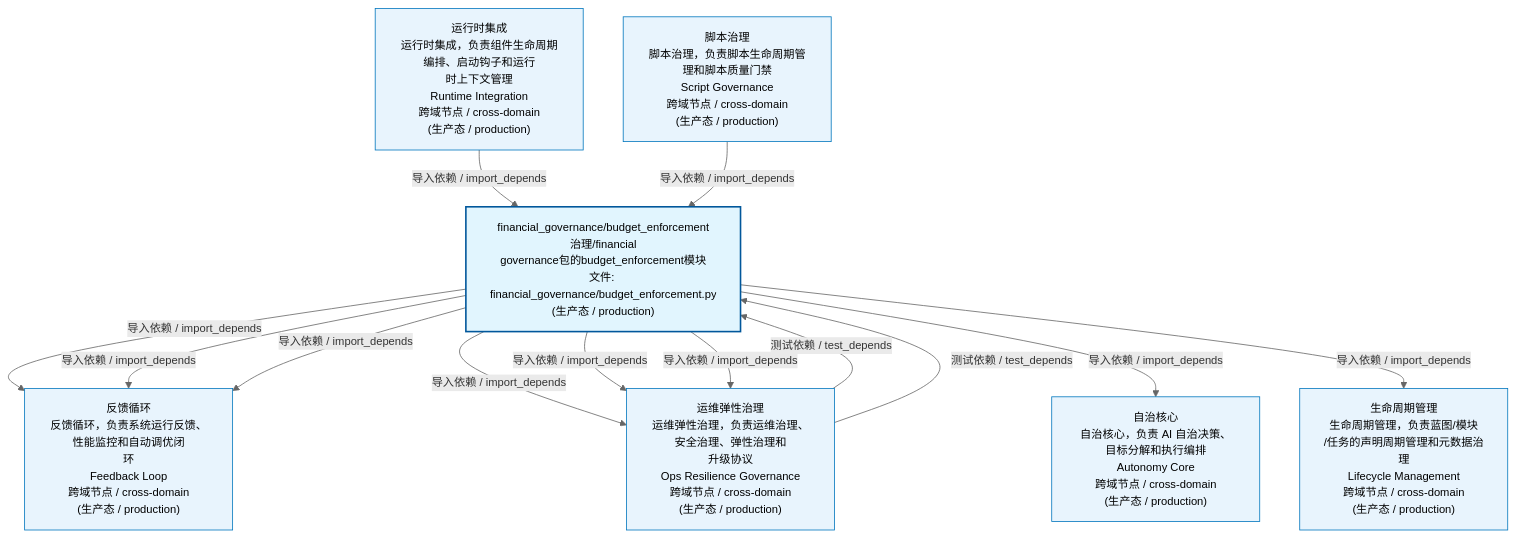
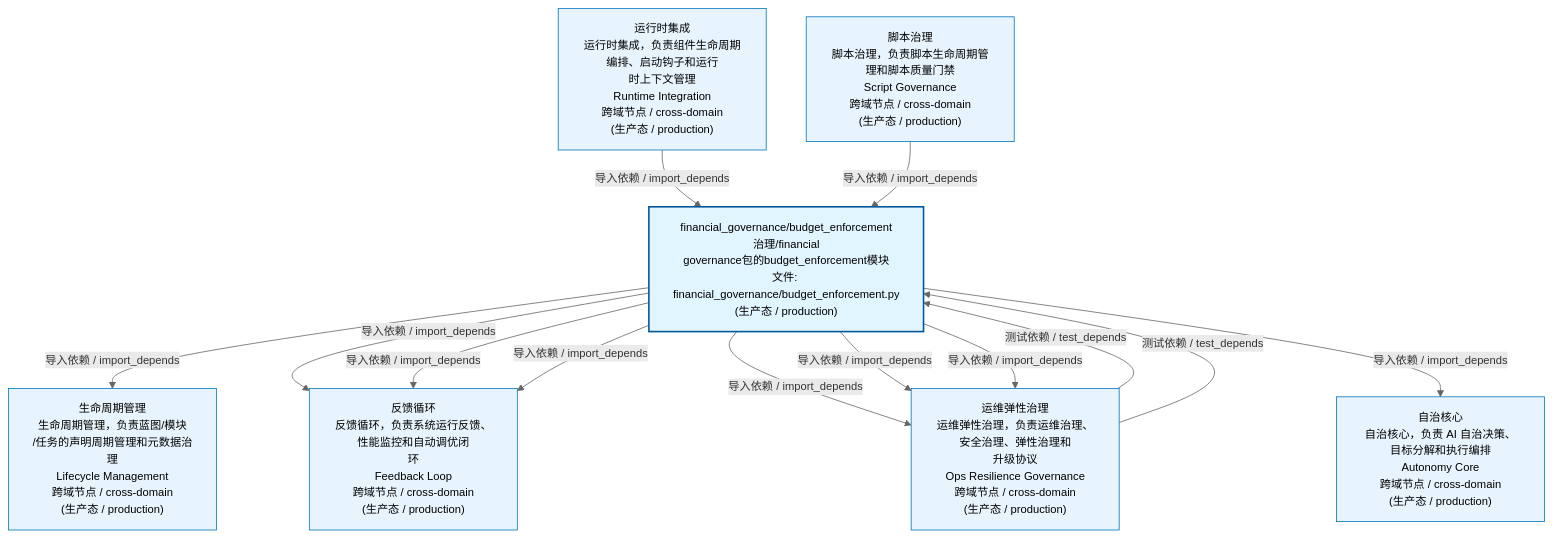
One commit to xuanFelixVan/ZephyrAlpha changed the first of 3 diagrams in docs/02_enterprise_architecture/02_domain_architecture_docs/54_d_gov_repair.md. Above: the diagram before and after it, drawn with Mermaid. The commit also changed 122 other files, not shown here.

````diff
--- a/docs/02_enterprise_architecture/02_domain_architecture_docs/54_d_gov_repair.md
+++ b/docs/02_enterprise_architecture/02_domain_architecture_docs/54_d_gov_repair.md
@@ -53,29 +53,29 @@
 ```mermaid
 %%{init: {'theme': 'base', 'themeVariables': {'primaryColor': '#eaeaea', 'primaryTextColor': '#333333', 'primaryBorderColor': '#666666', 'lineColor': '#666666', 'secondaryColor': '#eaeaea', 'tertiaryColor': '#eaeaea', 'fontSize': '14px'}}}%%
 flowchart TD
     src_zephyr_governance_financial_governance_budget_enforcement_py["financial_governance/budget_enforcement<br/>治理/financial<br/>governance包的budget_enforcement模块<br/>文件: financial_governance/budget_enforcement.py<br/>(生产态 / production)"]
+    D_GOVERNANCE["生命周期管理<br/>生命周期管理，负责蓝图/模块<br/>/任务的声明周期管理和元数据治理<br/>Lifecycle Management<br/>跨域节点 / cross-domain<br/>(生产态 / production)"]
+    src_zephyr_governance_financial_governance_budget_enforcement_py -->|导入依赖 / import_depends| D_GOVERNANCE
     D_OPS["反馈循环<br/>反馈循环，负责系统运行反馈、性能监控和自动调优闭<br/>环<br/>Feedback Loop<br/>跨域节点 / cross-domain<br/>(生产态 / production)"]
     src_zephyr_governance_financial_governance_budget_enforcement_py -->|导入依赖 / import_depends| D_OPS
     src_zephyr_governance_financial_governance_budget_enforcement_py -->|导入依赖 / import_depends| D_OPS
     D_GOV_OPS_RESILIENCE["运维弹性治理<br/>运维弹性治理，负责运维治理、安全治理、弹性治理和<br/>升级协议<br/>Ops Resilience Governance<br/>跨域节点 / cross-domain<br/>(生产态 / production)"]
     src_zephyr_governance_financial_governance_budget_enforcement_py -->|导入依赖 / import_depends| D_GOV_OPS_RESILIENCE
+    src_zephyr_governance_financial_governance_budget_enforcement_py -->|导入依赖 / import_depends| D_OPS
     src_zephyr_governance_financial_governance_budget_enforcement_py -->|导入依赖 / import_depends| D_GOV_OPS_RESILIENCE
-    src_zephyr_governance_financial_governance_budget_enforcement_py -->|导入依赖 / import_depends| D_OPS
     src_zephyr_governance_financial_governance_budget_enforcement_py -->|导入依赖 / import_depends| D_GOV_OPS_RESILIENCE
     D_AUTONOMY_CORE["自治核心<br/>自治核心，负责 AI 自治决策、目标分解和执行编排<br/>Autonomy Core<br/>跨域节点 / cross-domain<br/>(生产态 / production)"]
     src_zephyr_governance_financial_governance_budget_enforcement_py -->|导入依赖 / import_depends| D_AUTONOMY_CORE
-    D_GOVERNANCE["生命周期管理<br/>生命周期管理，负责蓝图/模块<br/>/任务的声明周期管理和元数据治理<br/>Lifecycle Management<br/>跨域节点 / cross-domain<br/>(生产态 / production)"]
-    src_zephyr_governance_financial_governance_budget_enforcement_py -->|导入依赖 / import_depends| D_GOVERNANCE
     D_GOV_OPS_RESILIENCE -->|测试依赖 / test_depends| src_zephyr_governance_financial_governance_budget_enforcement_py
     D_GOV_OPS_RESILIENCE -->|测试依赖 / test_depends| src_zephyr_governance_financial_governance_budget_enforcement_py
     D_INFRA_RUNTIME["运行时集成<br/>运行时集成，负责组件生命周期编排、启动钩子和运行<br/>时上下文管理<br/>Runtime Integration<br/>跨域节点 / cross-domain<br/>(生产态 / production)"]
     D_INFRA_RUNTIME -->|导入依赖 / import_depends| src_zephyr_governance_financial_governance_budget_enforcement_py
     D_GOV_SCRIPTS["脚本治理<br/>脚本治理，负责脚本生命周期管理和脚本质量门禁<br/>Script Governance<br/>跨域节点 / cross-domain<br/>(生产态 / production)"]
     D_GOV_SCRIPTS -->|导入依赖 / import_depends| src_zephyr_governance_financial_governance_budget_enforcement_py
     classDef production fill:#e1f5fe,stroke:#01579b,stroke-width:2px,color:#000
     classDef design fill:#fff3e0,stroke:#e65100,stroke-width:2px,color:#000,stroke-dasharray: 5 5
     classDef external_prod fill:#e8f4fd,stroke:#0277bd,stroke-width:1px,color:#000
     classDef external_design fill:#fff8e7,stroke:#ef6c00,stroke-width:1px,color:#000,stroke-dasharray: 5 5
     class src_zephyr_governance_financial_governance_budget_enforcement_py production
-    class D_OPS,D_GOV_OPS_RESILIENCE,D_AUTONOMY_CORE,D_GOVERNANCE,D_INFRA_RUNTIME,D_GOV_SCRIPTS external_prod
+    class D_GOVERNANCE,D_OPS,D_GOV_OPS_RESILIENCE,D_AUTONOMY_CORE,D_INFRA_RUNTIME,D_GOV_SCRIPTS external_prod
 ```
````
